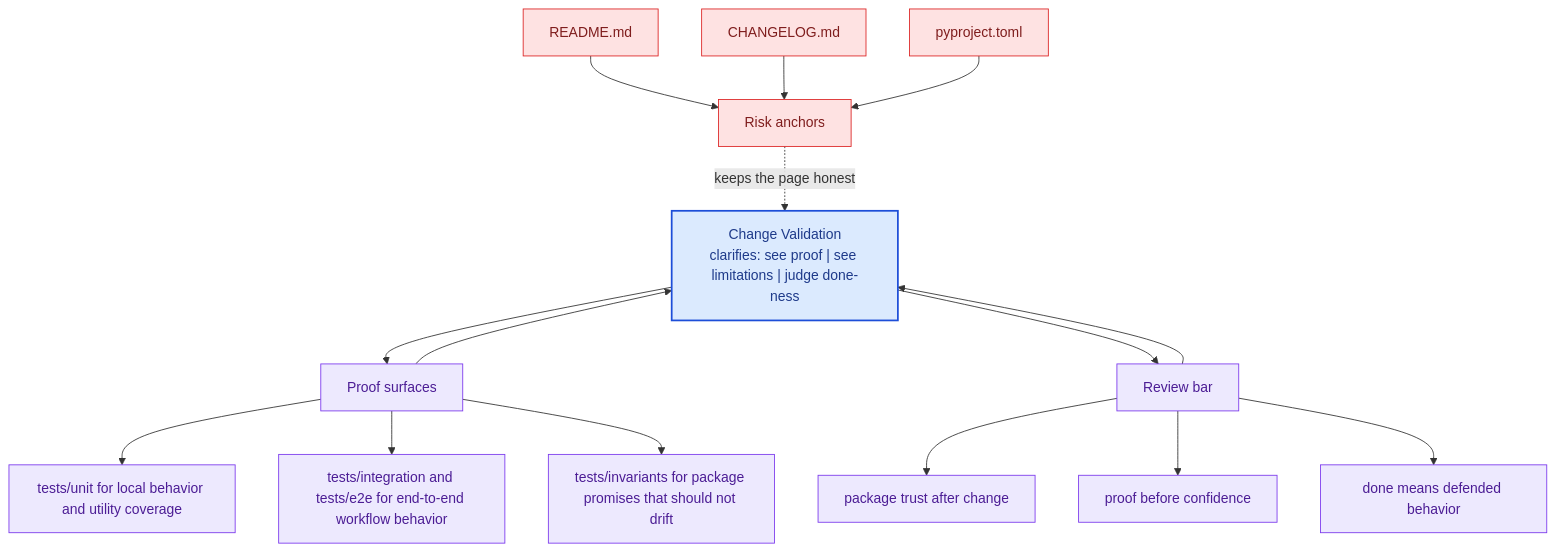
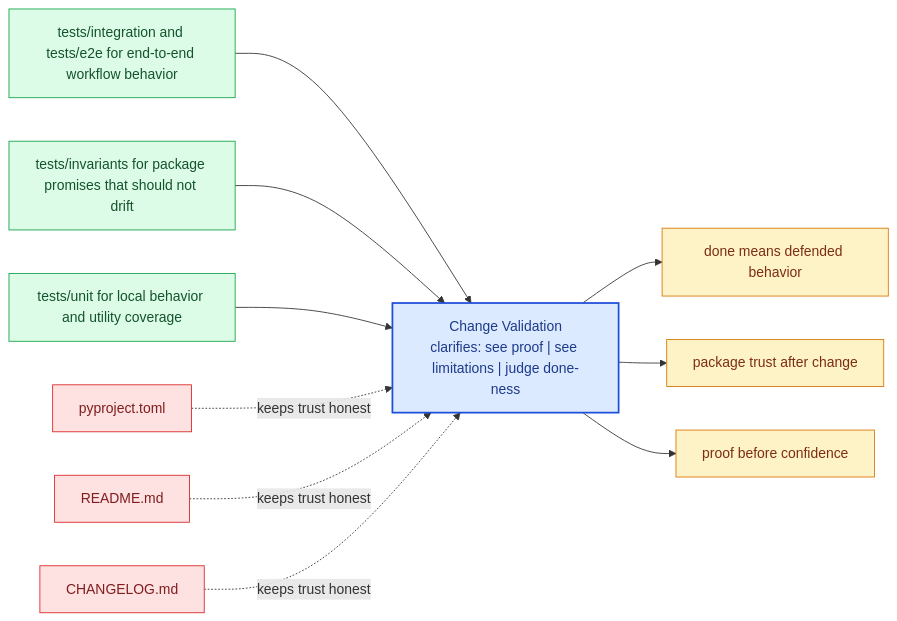
Before and after one commit to bijux/bijux-canon: the diagram in docs/bijux-canon-agent/quality/change-validation.md, drawn with Mermaid. The commit also changed other lines of this file and 281 other files, not shown here.

Commit message:
docs(diagrams): replace repeated mermaid scaffolds with page-specific summaries

````diff
--- a/docs/bijux-canon-agent/quality/change-validation.md
+++ b/docs/bijux-canon-agent/quality/change-validation.md
@@ -66,41 +21,31 @@
 ```mermaid
-flowchart TB
-    promise["Change Validation<br/>clarifies: see proof | see limitations | judge done-ness"]
-    classDef promise fill:#dbeafe,stroke:#1d4ed8,color:#1e3a8a,stroke-width:2px;
-    classDef driver fill:#dcfce7,stroke:#16a34a,color:#14532d;
-    classDef constraint fill:#fee2e2,stroke:#dc2626,color:#7f1d1d;
-    classDef ground fill:#ede9fe,stroke:#7c3aed,color:#4c1d95;
-    focus1["Proof surfaces"]
-    focus1 --> promise
-    promise --> focus1
-    focus1_1["tests/unit for local behavior and utility coverage"]
-    focus1 --> focus1_1
-    focus1_2["tests/integration and tests/e2e for end-to-end workflow behavior"]
-    focus1 --> focus1_2
-    focus1_3["tests/invariants for package promises that should not drift"]
-    focus1 --> focus1_3
-    class focus1 ground;
-    class focus1_1,focus1_2,focus1_3 ground;
-    focus2["Risk anchors"]
-    focus2 -.keeps the page honest.-> promise
-    focus2_1["README.md"]
-    focus2_1 --> focus2
-    focus2_2["CHANGELOG.md"]
-    focus2_2 --> focus2
-    focus2_3["pyproject.toml"]
-    focus2_3 --> focus2
-    class focus2 constraint;
-    class focus2_1,focus2_2,focus2_3 constraint;
-    focus3["Review bar"]
-    focus3 --> promise
-    promise --> focus3
-    focus3_1["package trust after change"]
-    focus3 --> focus3_1
-    focus3_2["proof before confidence"]
-    focus3 --> focus3_2
-    focus3_3["done means defended behavior"]
-    focus3 --> focus3_3
-    class focus3 ground;
-    class focus3_1,focus3_2,focus3_3 ground;
-    class promise promise;
+flowchart LR
+    page["Change Validation<br/>clarifies: see proof | see limitations | judge done-ness"]
+    classDef page fill:#dbeafe,stroke:#1d4ed8,color:#1e3a8a,stroke-width:2px;
+    classDef positive fill:#dcfce7,stroke:#16a34a,color:#14532d;
+    classDef caution fill:#fee2e2,stroke:#dc2626,color:#7f1d1d;
+    classDef anchor fill:#ede9fe,stroke:#7c3aed,color:#4c1d95;
+    classDef action fill:#fef3c7,stroke:#d97706,color:#7c2d12;
+    proof1["tests/integration and tests/e2e for end-to-end workflow behavior"]
+    proof1 --> page
+    proof2["tests/invariants for package promises that should not drift"]
+    proof2 --> page
+    proof3["tests/unit for local behavior and utility coverage"]
+    proof3 --> page
+    risk1["pyproject.toml"]
+    risk1 -.keeps trust honest.-> page
+    risk2["README.md"]
+    risk2 -.keeps trust honest.-> page
+    risk3["CHANGELOG.md"]
+    risk3 -.keeps trust honest.-> page
+    bar1["done means defended behavior"]
+    page --> bar1
+    bar2["package trust after change"]
+    page --> bar2
+    bar3["proof before confidence"]
+    page --> bar3
+    class page page;
+    class proof1,proof2,proof3 positive;
+    class risk1,risk2,risk3 caution;
+    class bar1,bar2,bar3 action;
 ```
````
